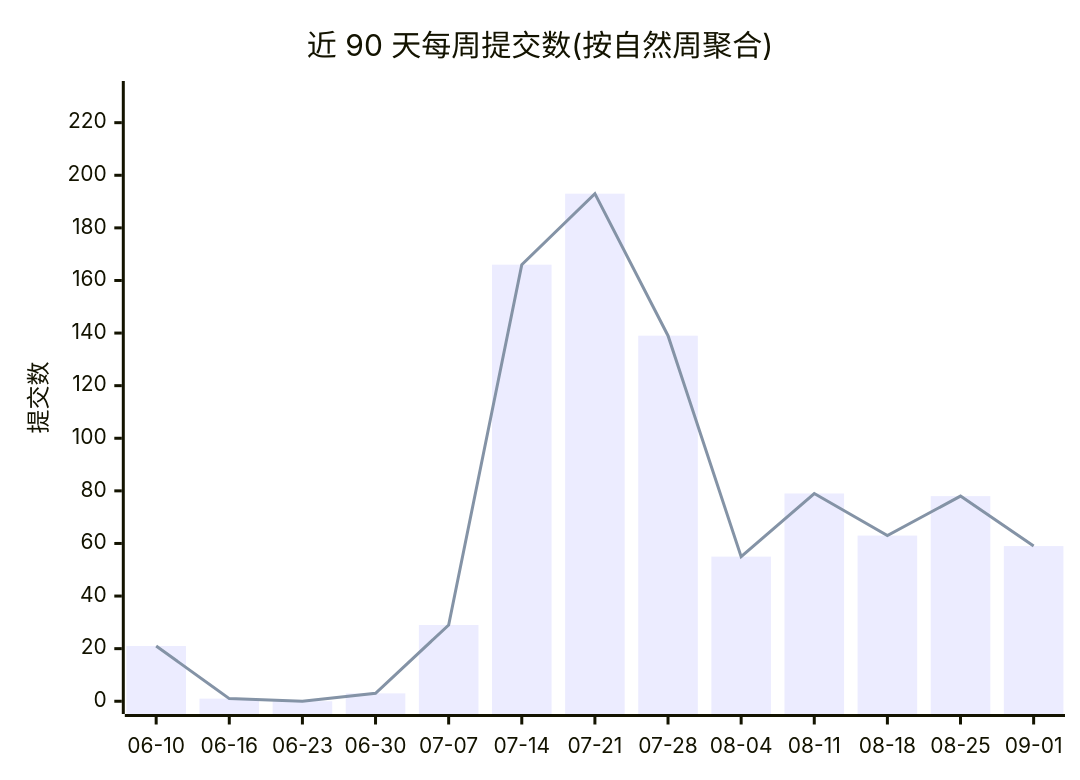
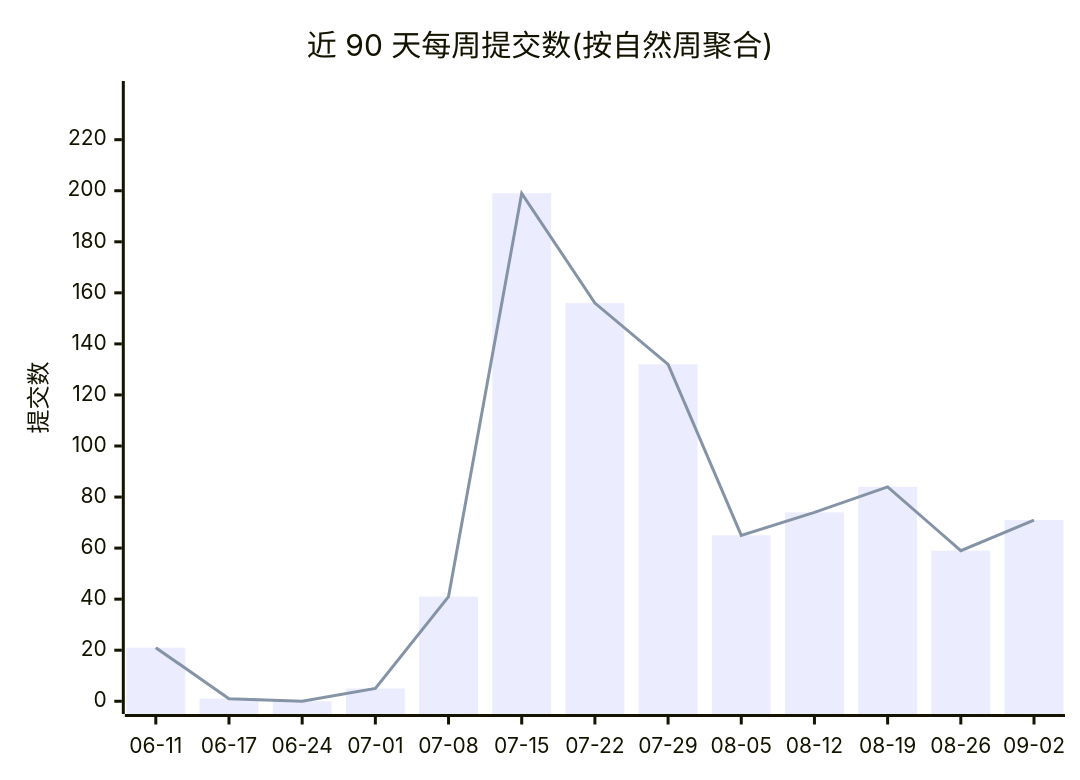
The first of 2 diagrams in profile/README.md (Conflux-Union/.github), drawn with Mermaid before and after one commit. The commit also changed other lines of this file and 1 other file, not shown here.

````diff
--- a/profile/README.md
+++ b/profile/README.md
@@ -44,8 +44,8 @@
 ```mermaid
 xychart-beta
     title "近 90 天每周提交数(按自然周聚合)"
-    x-axis ["06-10", "06-16", "06-23", "06-30", "07-07", "07-14", "07-21", "07-28", "08-04", "08-11", "08-18", "08-25", "09-01"]
-    y-axis "提交数" 0 --> 231
-    bar [21, 1, 0, 3, 29, 166, 193, 139, 55, 79, 63, 78, 59]
-    line [21, 1, 0, 3, 29, 166, 193, 139, 55, 79, 63, 78, 59]
+    x-axis ["06-11", "06-17", "06-24", "07-01", "07-08", "07-15", "07-22", "07-29", "08-05", "08-12", "08-19", "08-26", "09-02"]
+    y-axis "提交数" 0 --> 238
+    bar [21, 1, 0, 5, 41, 199, 156, 132, 65, 74, 84, 59, 71]
+    line [21, 1, 0, 5, 41, 199, 156, 132, 65, 74, 84, 59, 71]
 ```
````
